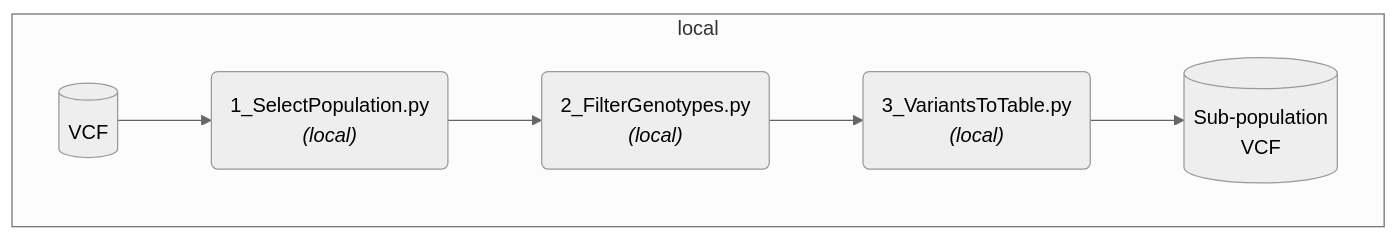
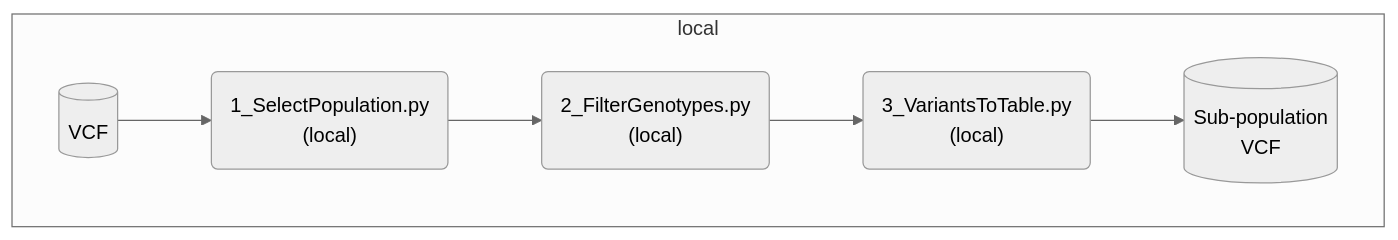
Before and after one commit to charlesrocabert/Tribolium-castaneum-transcriptomics-pipeline: the third of 12 diagrams in README.md, drawn with Mermaid (neutral theme). The commit also changed other lines of this file, not shown here.

````diff
--- a/README.md
+++ b/README.md
@@ -289,10 +289,10 @@
 ```mermaid
 flowchart LR
 subgraph local
 direction LR
-A[("VCF")] --> B("1_SelectPopulation.py<br/><em>(local)</em>")
-B --> C("2_FilterGenotypes.py<br/><em>(local)</em>")
-C --> D("3_VariantsToTable.py<br/><em>(local)</em>")
+A[("VCF")] --> B("1_SelectPopulation.py<br/>(local)")
+B --> C("2_FilterGenotypes.py<br/>(local)")
+C --> D("3_VariantsToTable.py<br/>(local)")
 D --> E[("Sub-population<br/>VCF")]
 end
 ```
````
